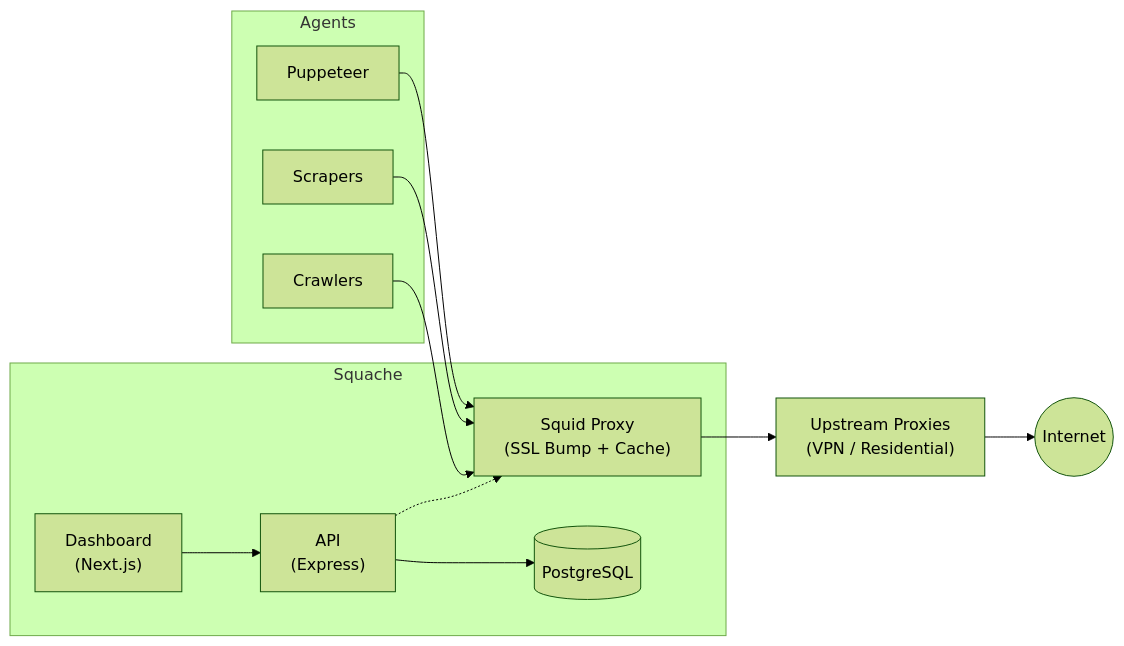
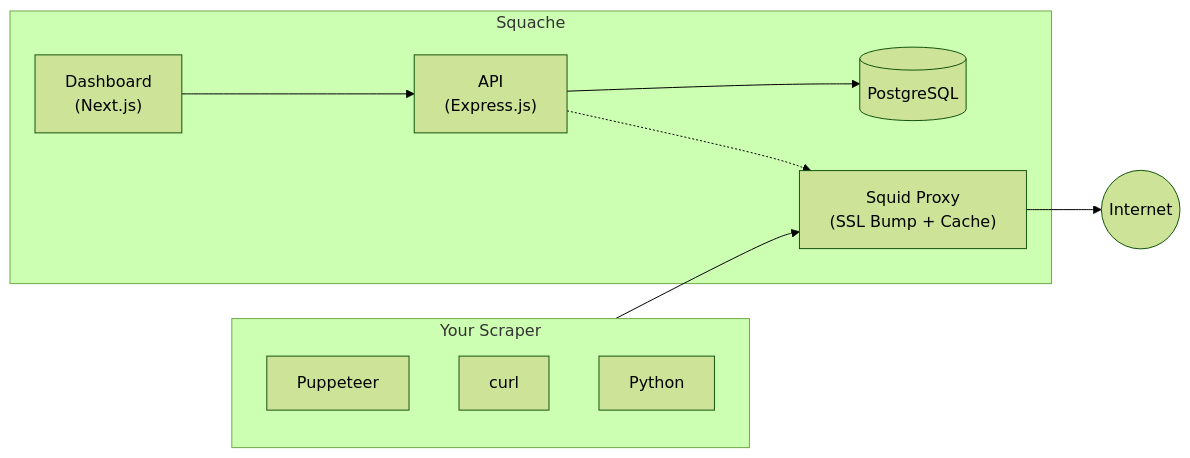
The diagram in README.md (devrupt-io/squache), drawn with Mermaid (forest theme) before and after one commit. The commit also changed other lines of this file, not shown here.

````diff
--- a/README.md
+++ b/README.md
@@ -13,23 +94,20 @@
 ```mermaid
 flowchart LR
-    subgraph Agents
+    subgraph Scraper["Your Scraper"]
         A1["Puppeteer"]
-        A2["Scrapers"]
-        A3["Crawlers"]
+        A2["curl"]
+        A3["Python"]
     end
 
     subgraph Squache
-        Frontend["Dashboard<br/>(Next.js)"]
-        Backend["API<br/>(Express)"]
         Proxy["Squid Proxy<br/>(SSL Bump + Cache)"]
+        Dashboard["Dashboard<br/>(Next.js)"]
+        API["API<br/>(Express.js)"]
         DB[(PostgreSQL)]
+        
+        Dashboard --> API --> DB
+        API -.-> Proxy
     end
 
-    Upstream["Upstream Proxies<br/>(VPN / Residential)"]
-    Internet((Internet))
-
-    A1 & A2 & A3 --> Proxy
-    Frontend --> Backend --> DB
-    Backend -.-> Proxy
-    Proxy --> Upstream --> Internet
+    Scraper --> Proxy --> Internet((Internet))
 ```
````
